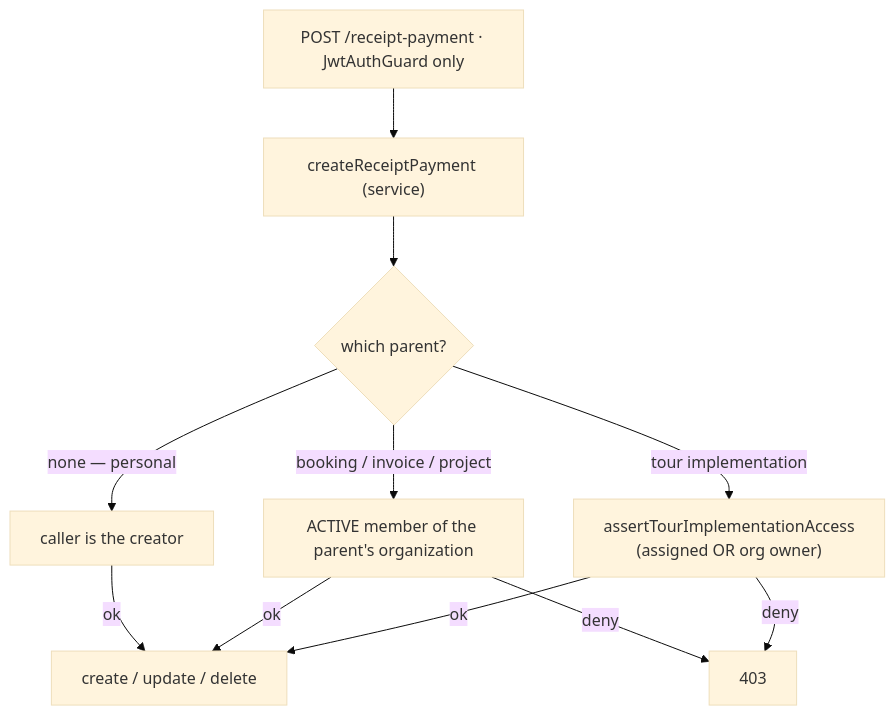
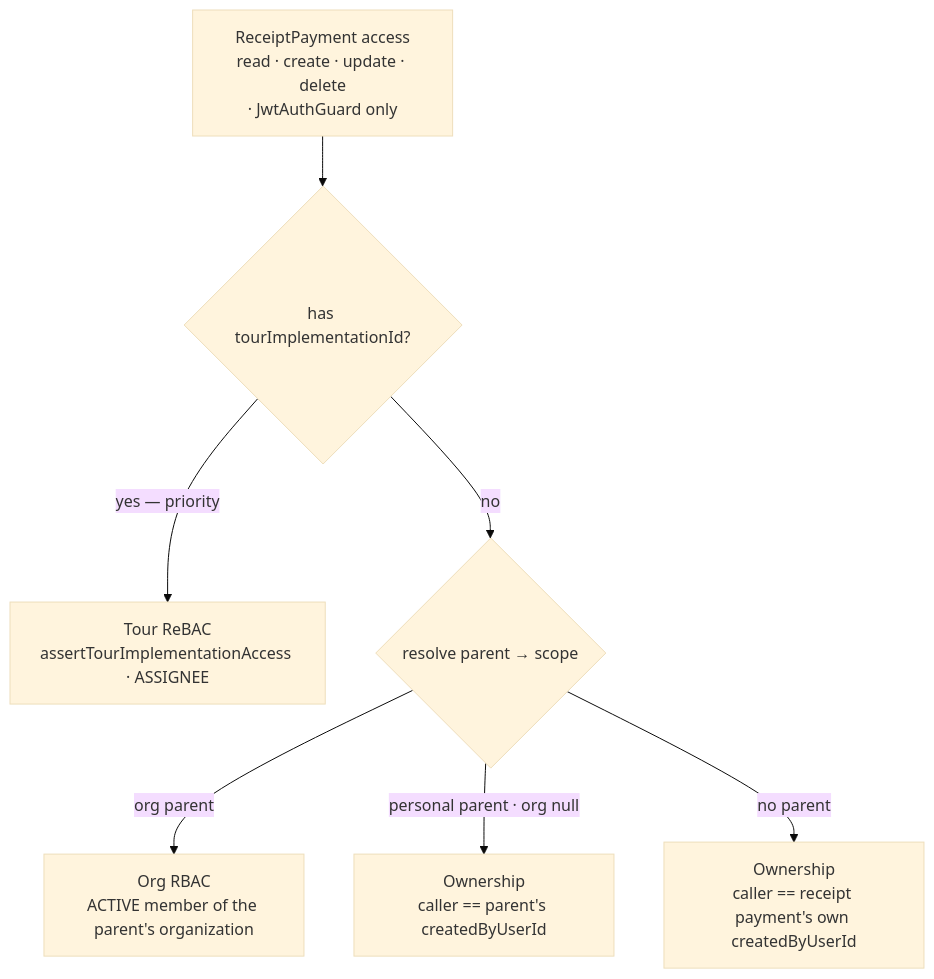
One commit to chuhaiphu/vinaup-platform changed the fourth of 4 diagrams in apps/api/docs/architecture/RBAC-ReBAC-FLOW.md. Above: the diagram before and after it, drawn with Mermaid (base theme). The commit also changed other lines of this file and 12 other files, not shown here.

First line of the commit message:
refactor: Update guard patterns and service logic for receipt payments and signatures

````diff
--- a/apps/api/docs/architecture/RBAC-ReBAC-FLOW.md
+++ b/apps/api/docs/architecture/RBAC-ReBAC-FLOW.md
@@ -217,13 +230,9 @@
 ```mermaid
 flowchart TD
-    A["POST /receipt-payment · JwtAuthGuard only"] --> B["createReceiptPayment (service)"]
-    B --> C{"which parent?"}
-    C -->|"tour implementation"| D["assertTourImplementationAccess<br/>(assigned OR org owner)"]
-    C -->|"booking / invoice / project"| E["ACTIVE member of the parent's organization"]
-    C -->|"none — personal"| F["caller is the creator"]
-    D -->|ok| G["create / update / delete"]
-    E -->|ok| G
-    F -->|ok| G
-    D -->|deny| X["403"]
-    E -->|deny| X
+    A["ReceiptPayment access<br/>read · create · update · delete<br/>· JwtAuthGuard only"] --> T{"has tourImplementationId?"}
+    T -->|"yes — priority"| TI["Tour ReBAC<br/>assertTourImplementationAccess · ASSIGNEE"]
+    T -->|no| S{"resolve parent → scope"}
+    S -->|"org parent"| OM["Org RBAC<br/>ACTIVE member of the parent's organization"]
+    S -->|"personal parent · org null"| PP["Ownership<br/>caller == parent's createdByUserId"]
+    S -->|"no parent"| PR["Ownership<br/>caller == receipt payment's own createdByUserId"]
 ```
````
